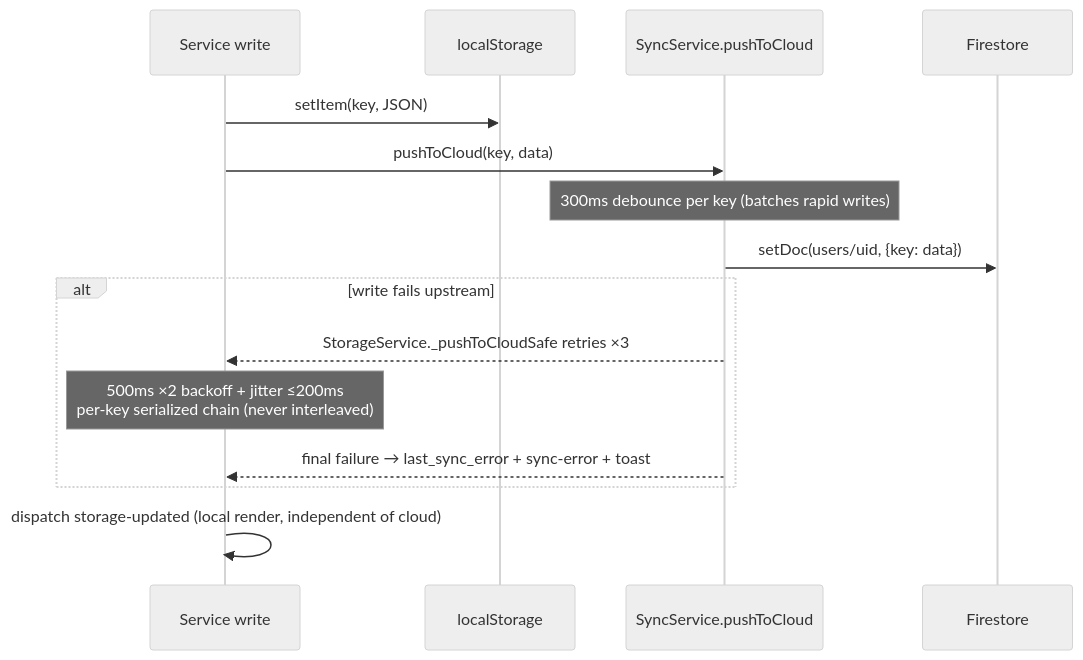
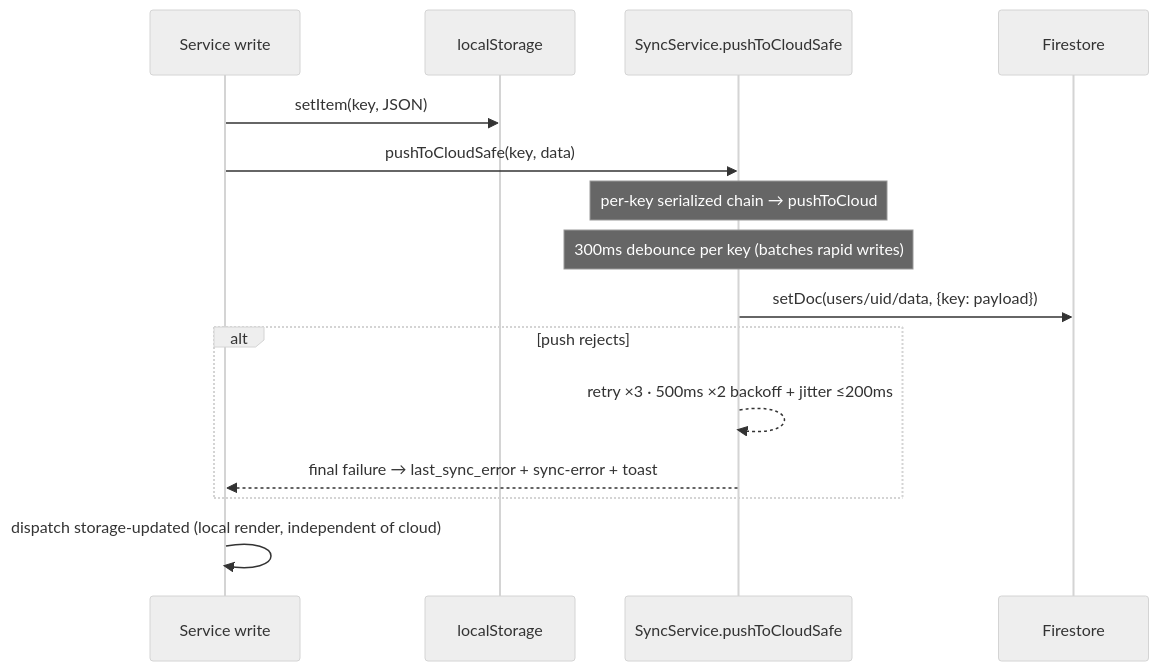
Before and after one commit to Krasen007/BlinkBudget: the diagram in lode/data/sync.md, drawn with Mermaid (neutral theme). The commit also changed other lines of this file and 23 other files, not shown here.

First line of the commit message:
- __All 4 domain services__ now call `pushToCloudSafe` (settings:33, transactions:330, accounts:179, custom-categories:869)

````diff
--- a/lode/data/sync.md
+++ b/lode/data/sync.md
@@ -11,17 +11,17 @@
 ```mermaid
 sequenceDiagram
     participant UI as Service write
     participant LS as localStorage
-    participant SC as SyncService.pushToCloud
+    participant SC as SyncService.pushToCloudSafe
     participant FS as Firestore
     UI->>LS: setItem(key, JSON)
-    UI->>SC: pushToCloud(key, data)
+    UI->>SC: pushToCloudSafe(key, data)
+    Note over SC: per-key serialized chain → pushToCloud
     Note over SC: 300ms debounce per key (batches rapid writes)
-    SC->>FS: setDoc(users/uid, {key: data})
-    alt write fails upstream
-        SC-->>UI: StorageService._pushToCloudSafe retries ×3
-        Note over UI: 500ms ×2 backoff + jitter ≤200ms<br/>per-key serialized chain (never interleaved)
+    SC->>FS: setDoc(users/uid/data, {key: payload})
+    alt push rejects
+        SC-->>SC: retry ×3 · 500ms ×2 backoff + jitter ≤200ms
         SC-->>UI: final failure → last_sync_error + sync-error + toast
     end
     UI->>UI: dispatch storage-updated (local render, independent of cloud)
 ```
````
